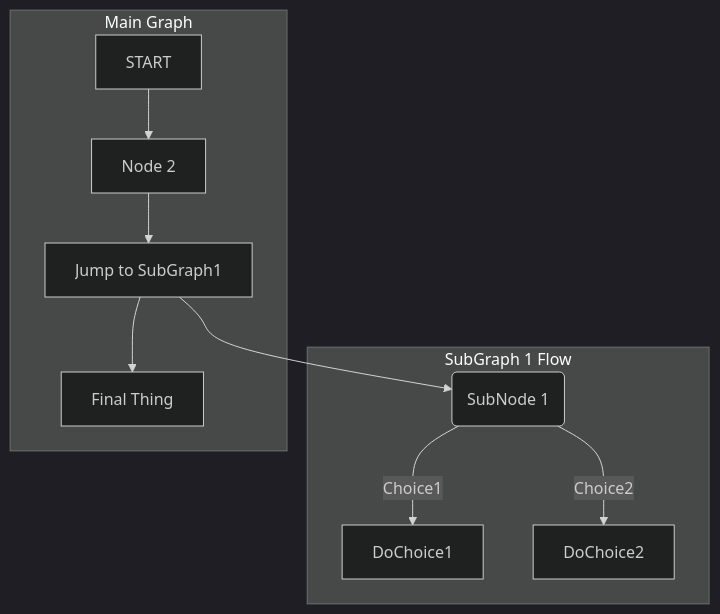
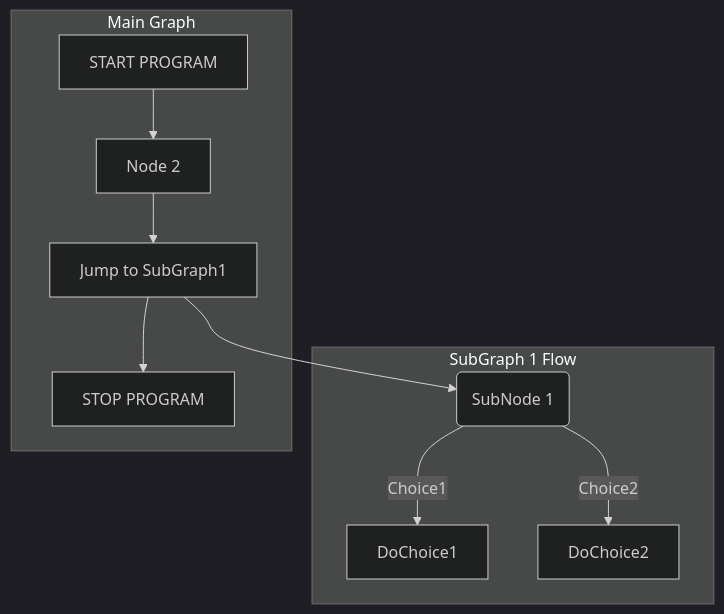
One commit to carldavidbrownjr/repo1 changed the second of 2 diagrams in foundation.git.markdown.md. Above: the diagram before and after it, drawn with Mermaid (dark theme).

````diff
--- a/foundation.git.markdown.md
+++ b/foundation.git.markdown.md
@@ -25,16 +25,16 @@
 ```mermaid
 graph TB
 
   SubGraph1 --> SubGraph1Flow
   subgraph "SubGraph 1 Flow"
   SubGraph1Flow(SubNode 1)
   SubGraph1Flow -- Choice1 --> DoChoice1
   SubGraph1Flow -- Choice2 --> DoChoice2
   end
 
   subgraph "Main Graph"
-  START[START] --> Node2[Node 2]
+  START[START PROGRAM] --> Node2[Node 2]
   Node2 --> SubGraph1[Jump to SubGraph1]
-  SubGraph1 --> END_PRGROGRAM[Final Thing]
+  SubGraph1 --> END_PRGROGRAM[STOP PROGRAM]
 end
 ```
````
